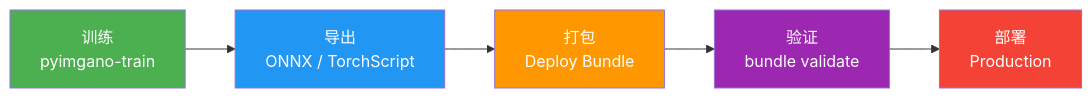
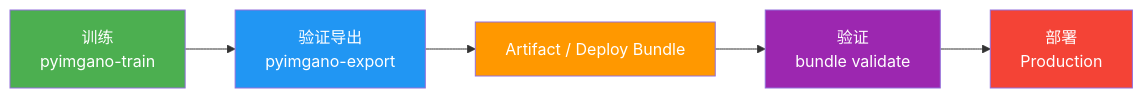
Before and after one commit to skygazer42/pyimgano: the diagram in docs/site/deployment/index.md, drawn with Mermaid. The commit also changed other lines of this file and 138 other files, not shown here.

Commit message:
feat: add trained artifact export and inference runtimes

````diff
--- a/docs/site/deployment/index.md
+++ b/docs/site/deployment/index.md
@@ -13,13 +13,13 @@
 ```mermaid
 graph LR
-    A[训练<br/>pyimgano-train] --> B[导出<br/>ONNX / TorchScript]
-    B --> C[打包<br/>Deploy Bundle]
+    A[训练<br/>pyimgano-train] --> B[验证导出<br/>pyimgano-export]
+    B --> C[Artifact / Deploy Bundle]
     C --> D[验证<br/>bundle validate]
     D --> E[部署<br/>Production]
 
     style A fill:#4CAF50,color:#fff
     style B fill:#2196F3,color:#fff
     style C fill:#FF9800,color:#fff
     style D fill:#9C27B0,color:#fff
     style E fill:#F44336,color:#fff
 ```
````
